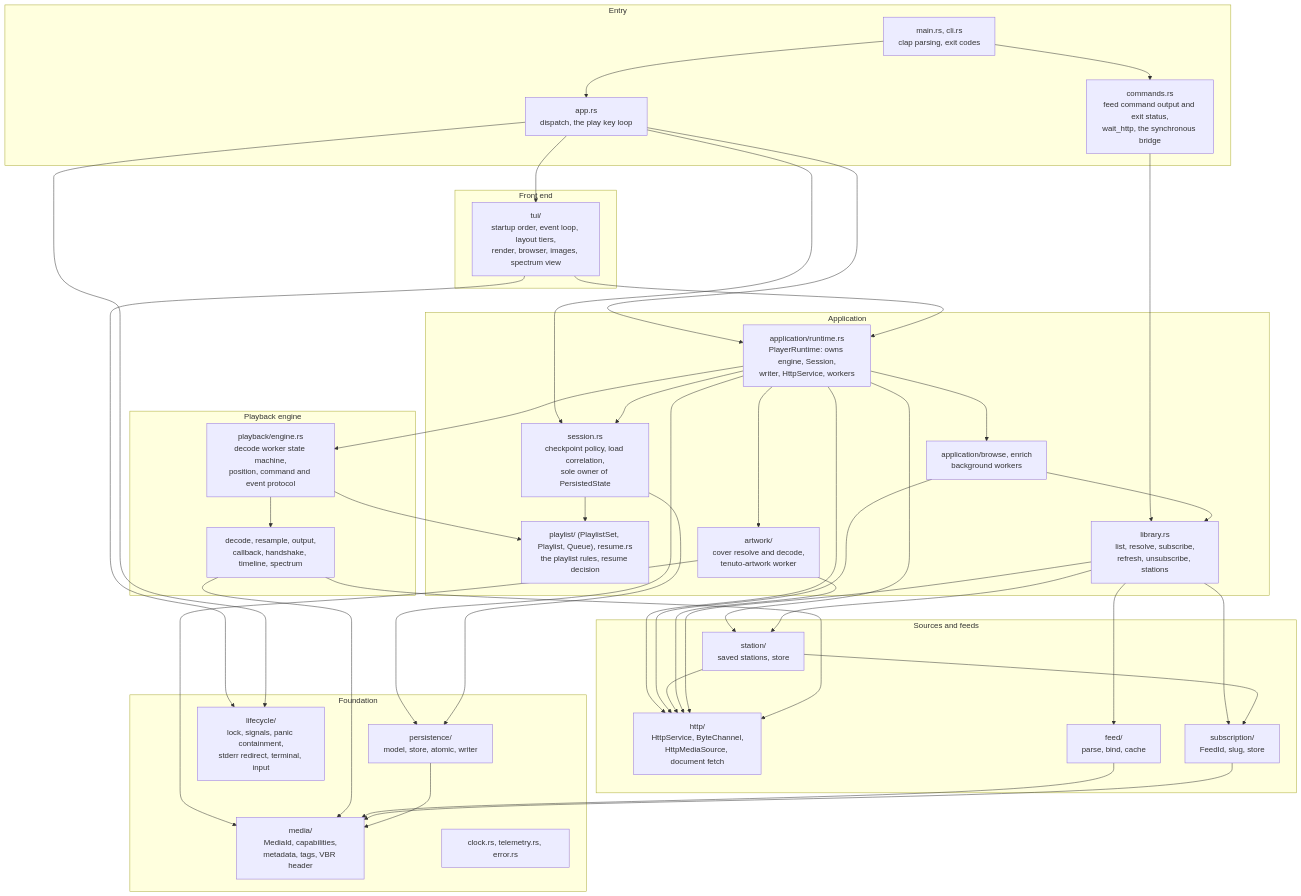
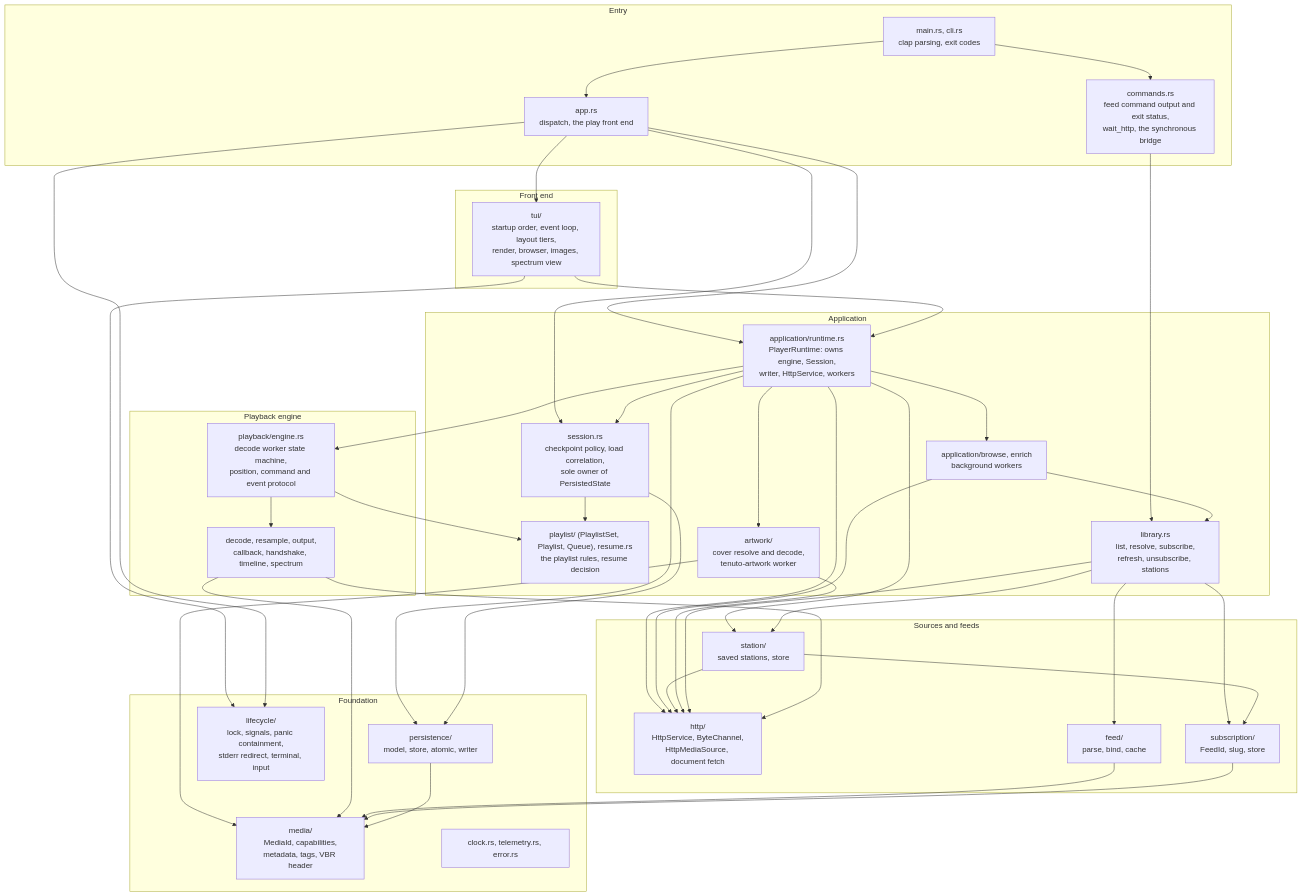
One commit to alvytsk/tenuto changed the third of 5 diagrams in docs/architecture.md. Above: the diagram before and after it, drawn with Mermaid. The commit also changed other lines of this file and 30 other files, not shown here.

````diff
--- a/docs/architecture.md
+++ b/docs/architecture.md
@@ -109,76 +109,76 @@
 ```mermaid
 flowchart TB
     subgraph entry["Entry"]
         main["main.rs, cli.rs<br/>clap parsing, exit codes"]
-        app["app.rs<br/>dispatch, the play key loop"]
+        app["app.rs<br/>dispatch, the play front end"]
         commands["commands.rs<br/>feed command output and exit status,<br/>wait_http, the synchronous bridge"]
     end
 
     subgraph front["Front end"]
         tui["tui/<br/>startup order, event loop, layout tiers,<br/>render, browser, images, spectrum view"]
     end
 
     subgraph appl["Application"]
         runtime["application/runtime.rs<br/>PlayerRuntime: owns engine, Session,<br/>writer, HttpService, workers"]
         session["session.rs<br/>checkpoint policy, load correlation,<br/>sole owner of PersistedState"]
         queue["playlist/ (PlaylistSet, Playlist, Queue), resume.rs<br/>the playlist rules, resume decision"]
         library["library.rs<br/>list, resolve, subscribe,<br/>refresh, unsubscribe, stations"]
         workers["application/browse, enrich<br/>background workers"]
         artwork["artwork/<br/>cover resolve and decode,<br/>tenuto-artwork worker"]
     end
 
     subgraph engine["Playback engine"]
         eng["playback/engine.rs<br/>decode worker state machine,<br/>position, command and event protocol"]
         pipe["decode, resample, output,<br/>callback, handshake, timeline, spectrum"]
     end
 
     subgraph sources["Sources and feeds"]
         http["http/<br/>HttpService, ByteChannel,<br/>HttpMediaSource, document fetch"]
         feed["feed/<br/>parse, bind, cache"]
         subscr["subscription/<br/>FeedId, slug, store"]
         station["station/<br/>saved stations, store"]
     end
 
     subgraph base["Foundation"]
         media["media/<br/>MediaId, capabilities,<br/>metadata, tags, VBR header"]
         persist["persistence/<br/>model, store, atomic, writer"]
         lifecycle["lifecycle/<br/>lock, signals, panic containment,<br/>stderr redirect, terminal, input"]
         clock["clock.rs, telemetry.rs, error.rs"]
     end
 
     main --> app
     main --> commands
     app --> tui
     app --> runtime
     app --> session
     commands --> library
     tui --> runtime
     runtime --> session
     runtime --> eng
     runtime --> http
     runtime --> workers
     runtime --> artwork
     runtime --> station
     runtime --> persist
     workers --> library
     workers --> http
     session --> queue
     session --> persist
     library --> feed
     library --> subscr
     library --> station
     station --> subscr
     station --> http
     artwork --> http
     artwork --> media
     library --> http
     eng --> pipe
     eng --> queue
     pipe --> http
     pipe --> media
     feed --> media
     subscr --> media
     persist --> media
     tui --> lifecycle
     app --> lifecycle
 ```
````
